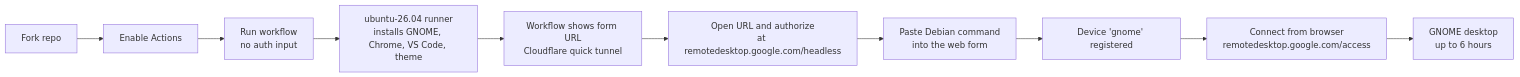
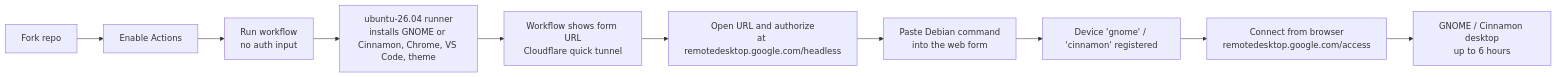
One commit to ArchDityaa/gnome-crd changed the diagram in README.en.md. Above: the diagram before and after it, drawn with Mermaid. The commit also changed other lines of this file and 7 other files, not shown here.

Commit message:
feat(cinnamon): add Cinnamon 26 workflow for Ubuntu 26.04

````diff
--- a/README.en.md
+++ b/README.en.md
@@ -28,12 +28,12 @@
 ```mermaid
 flowchart LR
   A[Fork repo] --> B[Enable Actions]
   B --> C[Run workflow<br/>no auth input]
-  C --> D[ubuntu-26.04 runner<br/>installs GNOME, Chrome, VS Code, theme]
+  C --> D[ubuntu-26.04 runner<br/>installs GNOME or Cinnamon, Chrome, VS Code, theme]
   D --> E[Workflow shows form URL<br/>Cloudflare quick tunnel]
   E --> F[Open URL and authorize<br/>at remotedesktop.google.com/headless]
   F --> G[Paste Debian command<br/>into the web form]
-  G --> H[Device 'gnome' registered]
+  G --> H[Device 'gnome' / 'cinnamon' registered]
   H --> I[Connect from browser<br/>remotedesktop.google.com/access]
-  I --> J[GNOME desktop<br/>up to 6 hours]
+  I --> J[GNOME / Cinnamon desktop<br/>up to 6 hours]
 ```
````
